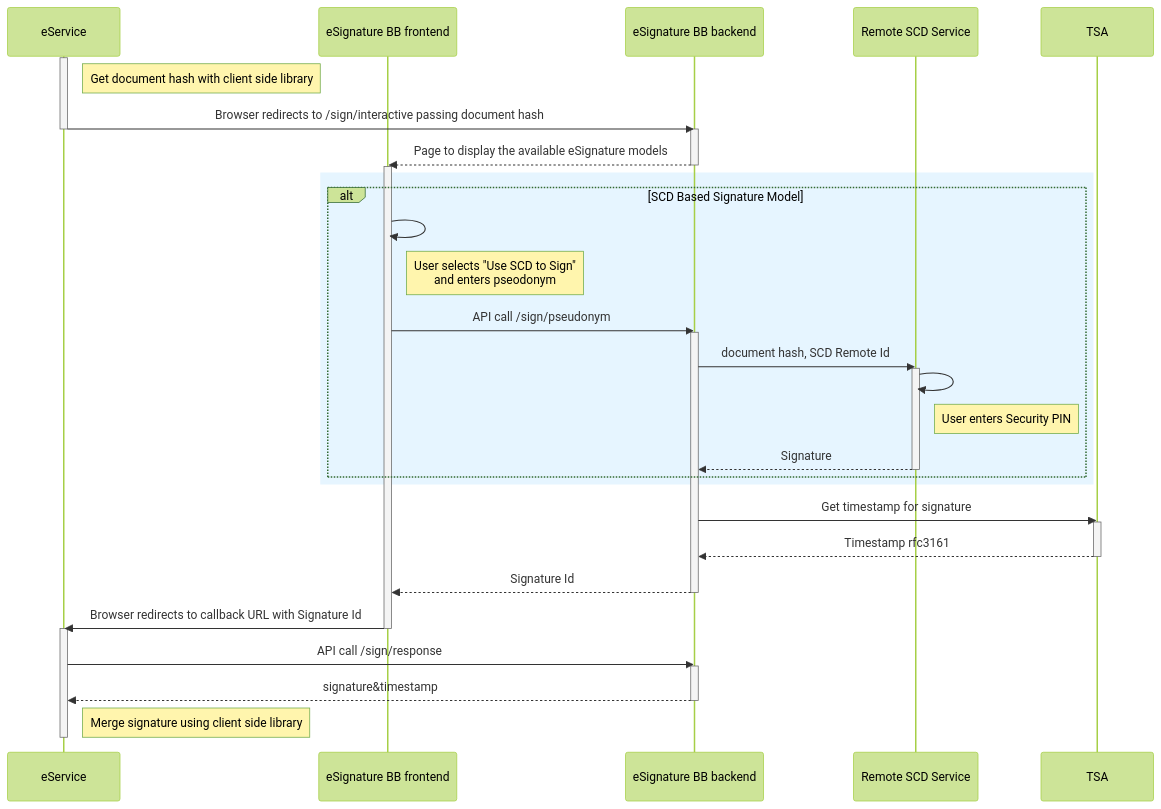
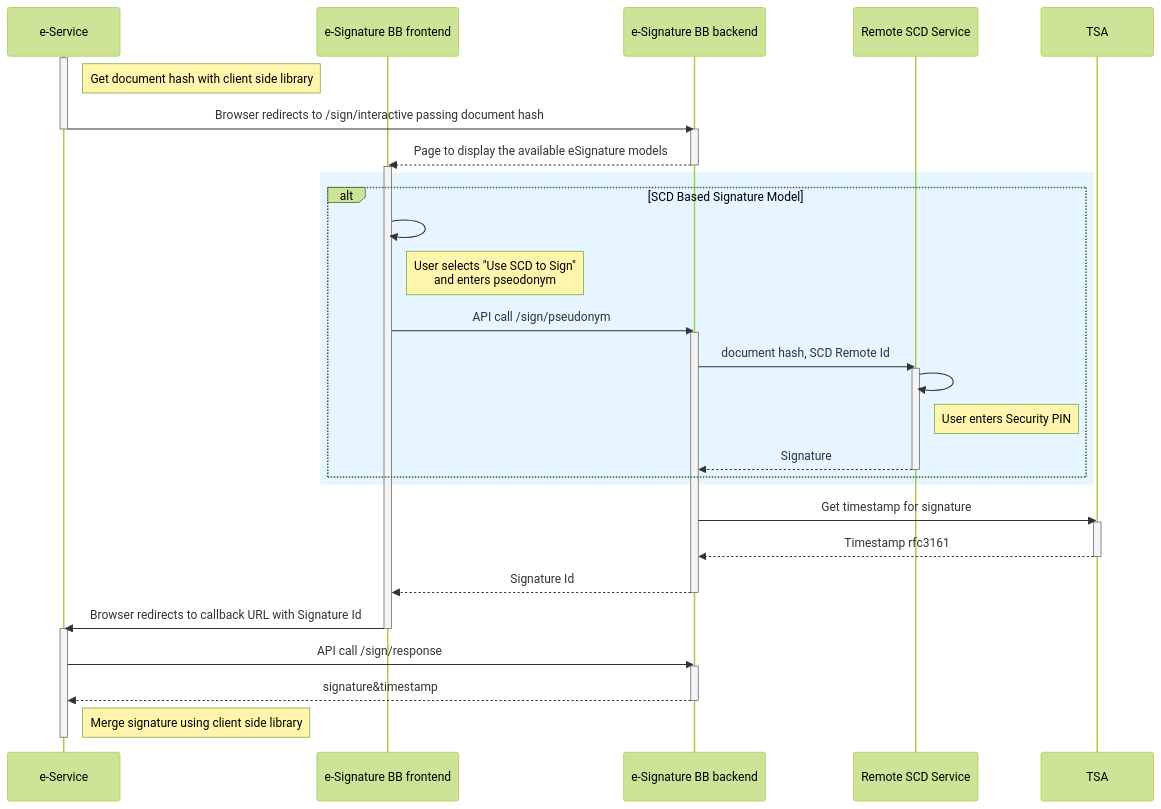
Before and after one commit to GovStackWorkingGroup/bb-esignature: the third of 3 diagrams in spec/9-workflows.md, drawn with Mermaid (forest theme). The commit also changed other lines of this file and 10 other files, not shown here.

````diff
--- a/spec/9-workflows.md
+++ b/spec/9-workflows.md
@@ -146,45 +126,45 @@
 ```mermaid
 sequenceDiagram
-    participant eService
-    participant eSignature BB frontend
-    participant eSignature BB backend
+    participant e-Service
+    participant e-Signature BB frontend
+    participant e-Signature BB backend
     participant Remote SCD Service
     participant TSA
-    activate eService
-    Note right of eService: Get document hash with client side library
-    eService->>eSignature BB backend: Browser redirects to /sign/interactive passing document hash
-    deactivate eService
-    activate eSignature BB backend
-    eSignature BB backend-->>eSignature BB frontend: Page to display the available eSignature models
-    deactivate eSignature BB backend
-    activate eSignature BB frontend
+    activate e-Service
+    Note right of e-Service: Get document hash with client side library
+    e-Service->>e-Signature BB backend: Browser redirects to /sign/interactive passing document hash
+    deactivate e-Service
+    activate e-Signature BB backend
+    e-Signature BB backend-->>e-Signature BB frontend: Page to display the available eSignature models
+    deactivate e-Signature BB backend
+    activate e-Signature BB frontend
     rect rgb(230, 245, 255)
     alt SCD Based Signature Model
-        eSignature BB frontend->>eSignature BB frontend: 
-        Note right of eSignature BB frontend: User selects "Use SCD to Sign" <br> and enters pseodonym
-        eSignature BB frontend->>eSignature BB backend: API call /sign/pseudonym
-        activate eSignature BB backend
-        eSignature BB backend->>Remote SCD Service: document hash, SCD Remote Id
+        e-Signature BB frontend->>e-Signature BB frontend: 
+        Note right of e-Signature BB frontend: User selects "Use SCD to Sign" <br> and enters pseodonym
+        e-Signature BB frontend->>e-Signature BB backend: API call /sign/pseudonym
+        activate e-Signature BB backend
+        e-Signature BB backend->>Remote SCD Service: document hash, SCD Remote Id
         activate Remote SCD Service
         Remote SCD Service->>Remote SCD Service: 
         Note right of Remote SCD Service: User enters Security PIN
-        Remote SCD Service-->>eSignature BB backend: Signature
+        Remote SCD Service-->>e-Signature BB backend: Signature
         deactivate Remote SCD Service
     end
     end
-    eSignature BB backend->>TSA: Get timestamp for signature
+    e-Signature BB backend->>TSA: Get timestamp for signature
     activate TSA
-    TSA-->>eSignature BB backend: Timestamp rfc3161
+    TSA-->>e-Signature BB backend: Timestamp rfc3161
     deactivate TSA
-    eSignature BB backend-->>eSignature BB frontend: Signature Id
-    deactivate eSignature BB backend
-    eSignature BB frontend->>eService: Browser redirects to callback URL with Signature Id
-    deactivate eSignature BB frontend
-    activate eService
-    eService->>eSignature BB backend: API call /sign/response
-    activate eSignature BB backend
-    eSignature BB backend-->>eService: signature&timestamp
-    deactivate eSignature BB backend
-    Note right of eService: Merge signature using client side library
-    deactivate eService
+    e-Signature BB backend-->>e-Signature BB frontend: Signature Id
+    deactivate e-Signature BB backend
+    e-Signature BB frontend->>e-Service: Browser redirects to callback URL with Signature Id
+    deactivate e-Signature BB frontend
+    activate e-Service
+    e-Service->>e-Signature BB backend: API call /sign/response
+    activate e-Signature BB backend
+    e-Signature BB backend-->>e-Service: signature&timestamp
+    deactivate e-Signature BB backend
+    Note right of e-Service: Merge signature using client side library
+    deactivate e-Service
 ```
````
